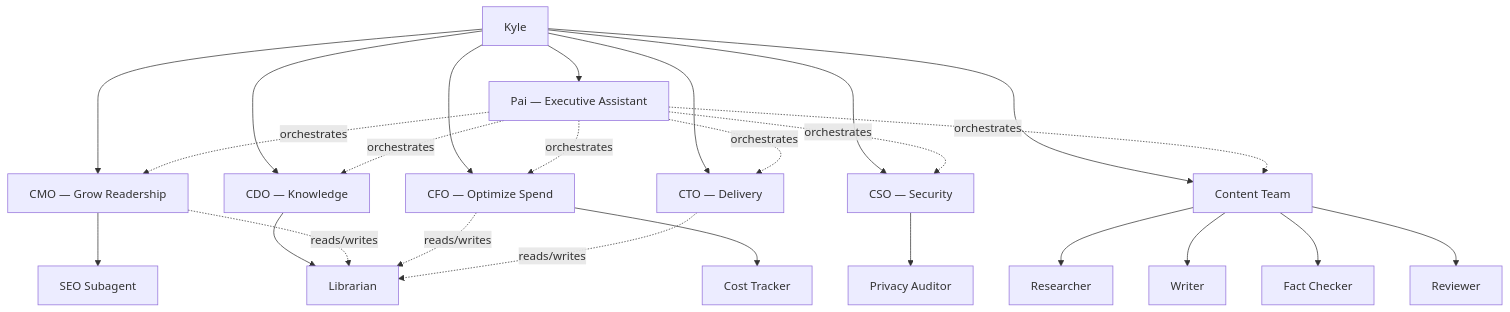
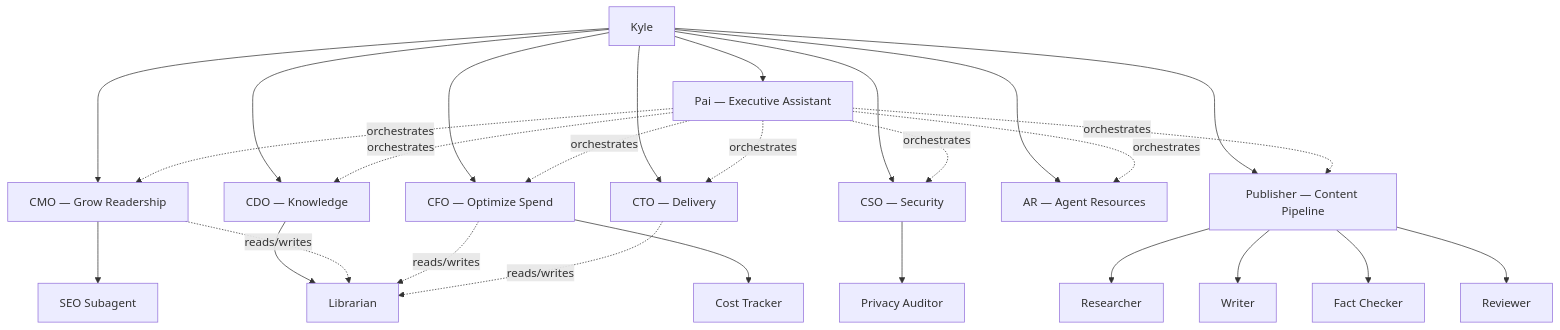
The diagram in apps/blog/blog/markdown/posts/agent-org-chart.md (kylep/multi), drawn with Mermaid before and after one commit. The commit also changed other lines of this file and 45 other files, not shown here.

First line of the commit message:
Add event log, content pipeline agents, wiki KB, and invoke-agent wrapper

````diff
--- a/apps/blog/blog/markdown/posts/agent-org-chart.md
+++ b/apps/blog/blog/markdown/posts/agent-org-chart.md
@@ -75,50 +77,53 @@
 ```mermaid
 graph TD
     Kyle["Kyle"]
     Pai["Pai — Executive Assistant"]
     CMO["CMO — Grow Readership"]
     CFO["CFO — Optimize Spend"]
     CTO["CTO — Delivery"]
     CDO["CDO — Knowledge"]
     CSO["CSO — Security"]
-    Content["Content Team"]
+    AR["AR — Agent Resources"]
+    Publisher["Publisher — Content Pipeline"]
 
     SEO["SEO Subagent"]
     CostTracker["Cost Tracker"]
     Librarian["Librarian"]
     PrivacyAuditor["Privacy Auditor"]
 
     Researcher["Researcher"]
     Writer["Writer"]
     FactChecker["Fact Checker"]
     Reviewer["Reviewer"]
 
     Kyle --> Pai
     Kyle --> CMO
     Kyle --> CFO
     Kyle --> CTO
     Kyle --> CDO
     Kyle --> CSO
-    Kyle --> Content
+    Kyle --> AR
+    Kyle --> Publisher
 
     Pai -.->|orchestrates| CMO
     Pai -.->|orchestrates| CFO
     Pai -.->|orchestrates| CTO
     Pai -.->|orchestrates| CDO
     Pai -.->|orchestrates| CSO
-    Pai -.->|orchestrates| Content
+    Pai -.->|orchestrates| AR
+    Pai -.->|orchestrates| Publisher
 
     CMO --> SEO
     CFO --> CostTracker
     CDO --> Librarian
     CSO --> PrivacyAuditor
 
     CMO -.->|reads/writes| Librarian
     CFO -.->|reads/writes| Librarian
     CTO -.->|reads/writes| Librarian
 
-    Content --> Researcher
-    Content --> Writer
-    Content --> FactChecker
-    Content --> Reviewer
+    Publisher --> Researcher
+    Publisher --> Writer
+    Publisher --> FactChecker
+    Publisher --> Reviewer
 ```
````
